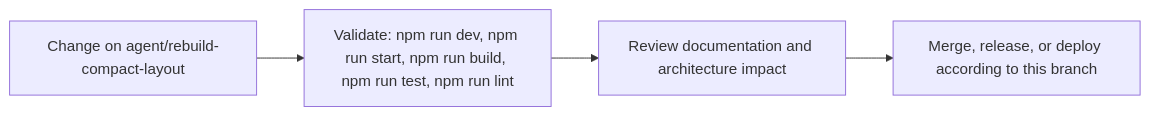
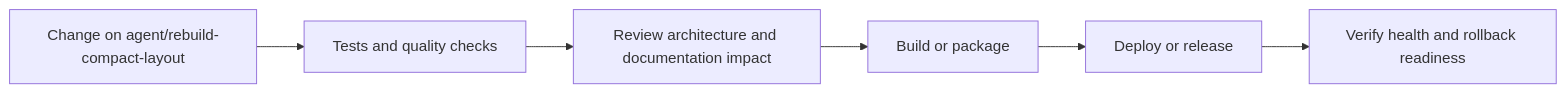
Before and after one commit to Nischhalsubba/BindForge-NW: the sixth of 7 diagrams in README.md, drawn with Mermaid. The commit also changed other lines of this file, not shown here.

````diff
--- a/README.md
+++ b/README.md
@@ -88,8 +198,8 @@
 ```mermaid
 flowchart LR
-    CHANGE["Change on agent/rebuild-compact-layout"]
-    CHECK["Validate: npm run dev, npm run start, npm run build, npm run test, npm run lint"]
-    REVIEW["Review documentation and architecture impact"]
-    RELEASE["Merge, release, or deploy according to this branch"]
-    CHANGE --> CHECK --> REVIEW --> RELEASE
+    CHANGE["Change on agent/rebuild-compact-layout"] --> CHECK["Tests and quality checks"]
+    CHECK --> REVIEW["Review architecture and documentation impact"]
+    REVIEW --> BUILD["Build or package"]
+    BUILD --> DEPLOY["Deploy or release"]
+    DEPLOY --> VERIFY["Verify health and rollback readiness"]
 ```
````
